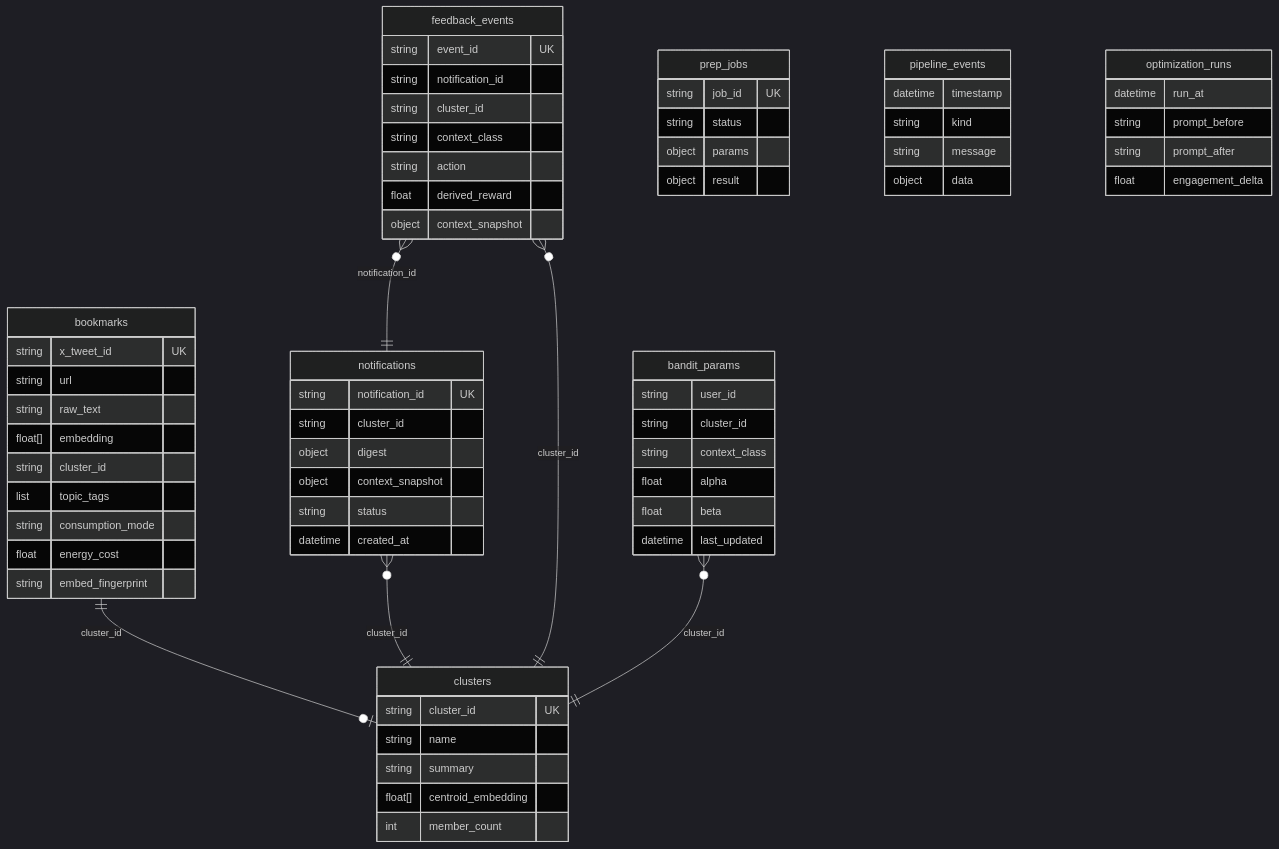
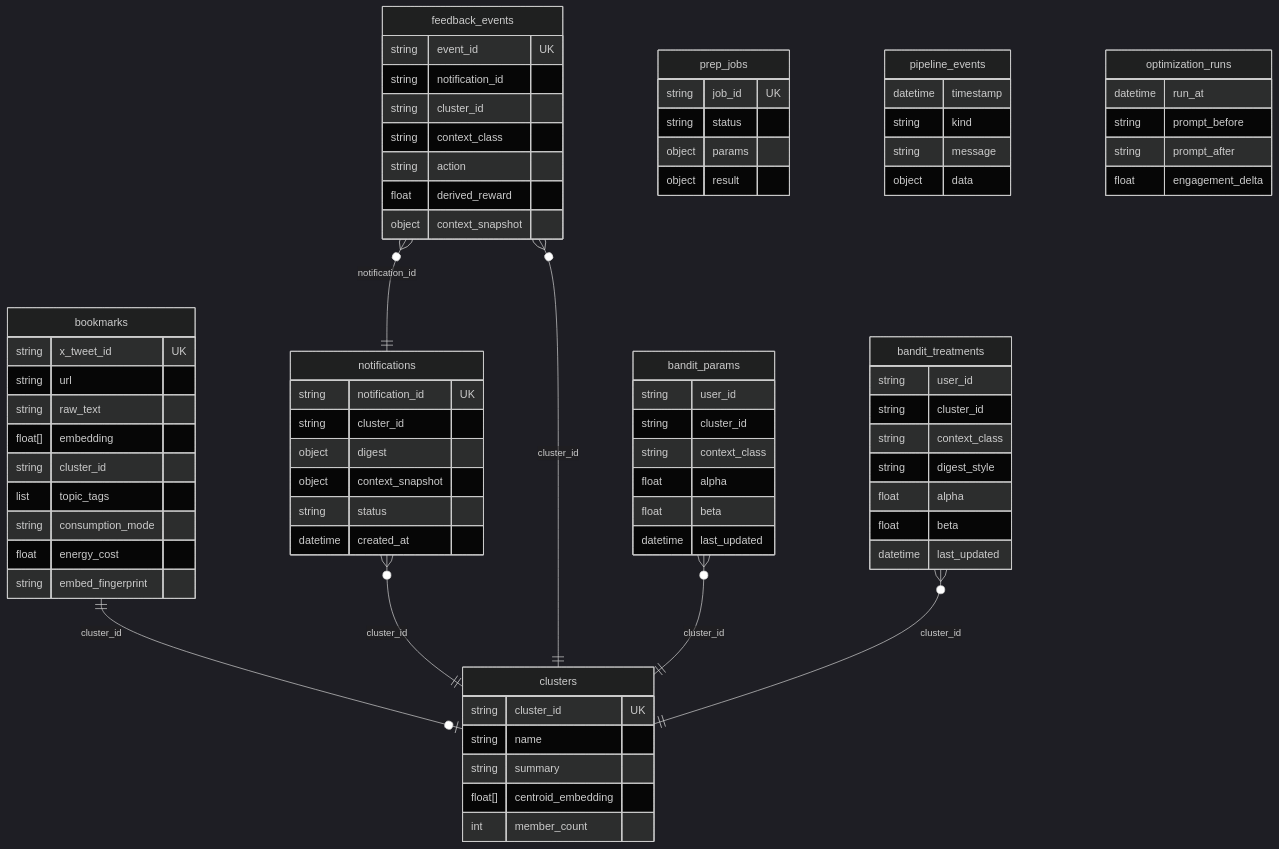
One commit to Sushmey/Kairos changed diagram 16 of 19 in docs/ARCHITECTURE.md. Above: the diagram before and after it, drawn with Mermaid (dark theme). The commit also changed other lines of this file and 6 other files, not shown here.

```diff
--- a/docs/ARCHITECTURE.md
+++ b/docs/ARCHITECTURE.md
@@ -625,6 +631,7 @@
     feedback_events }o--|| notifications : "notification_id"
     feedback_events }o--|| clusters : "cluster_id"
     bandit_params }o--|| clusters : "cluster_id"
+    bandit_treatments }o--|| clusters : "cluster_id"
 
     bookmarks {
         string x_tweet_id UK
@@ -674,6 +681,16 @@
         datetime last_updated
     }
 
+    bandit_treatments {
+        string user_id
+        string cluster_id
+        string context_class
+        string digest_style
+        float alpha
+        float beta
+        datetime last_updated
+    }
+
     prep_jobs {
         string job_id UK
         string status
```
